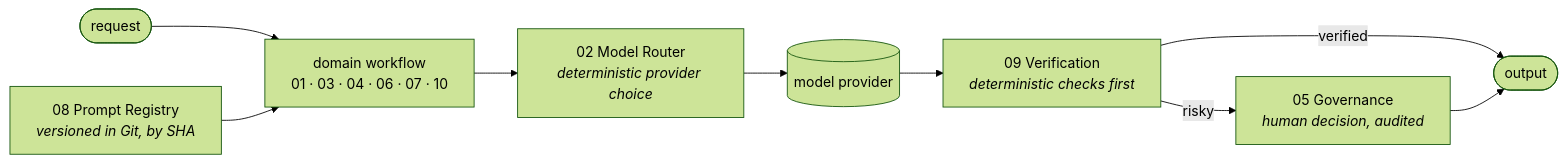
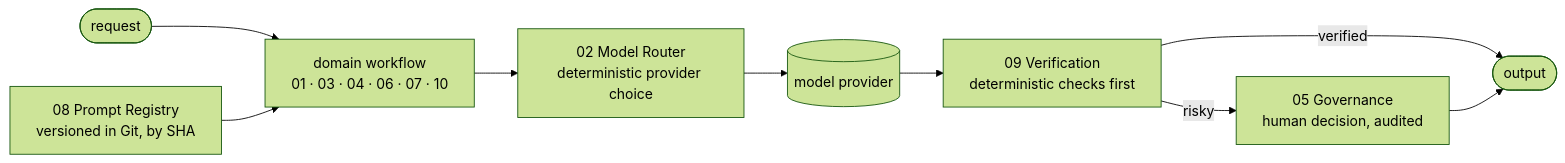
The diagram in README.md (Tejesh080/Free-Agentic-Workflows-in-N8N), drawn with Mermaid (forest theme) before and after one commit.

Commit message:
docs: drop html tags from the mermaid labels
GitHub does not always render inline html inside mermaid node labels; <br/> is
handled either way, <i> can show up literally.

````diff
--- a/README.md
+++ b/README.md
@@ -10,11 +10,11 @@
 ```mermaid
 flowchart LR
   IN([request]) --> D["domain workflow<br/>01 · 03 · 04 · 06 · 07 · 10"]
-  P8["08 Prompt Registry<br/><i>versioned in Git, by SHA</i>"] --> D
-  D --> P2["02 Model Router<br/><i>deterministic provider choice</i>"]
+  P8["08 Prompt Registry<br/>versioned in Git, by SHA"] --> D
+  D --> P2["02 Model Router<br/>deterministic provider choice"]
   P2 --> LLM[("model provider")]
-  LLM --> P9["09 Verification<br/><i>deterministic checks first</i>"]
+  LLM --> P9["09 Verification<br/>deterministic checks first"]
   P9 -->|verified| OUT([output])
-  P9 -->|risky| P5["05 Governance<br/><i>human decision, audited</i>"]
+  P9 -->|risky| P5["05 Governance<br/>human decision, audited"]
   P5 --> OUT
 ```
````
